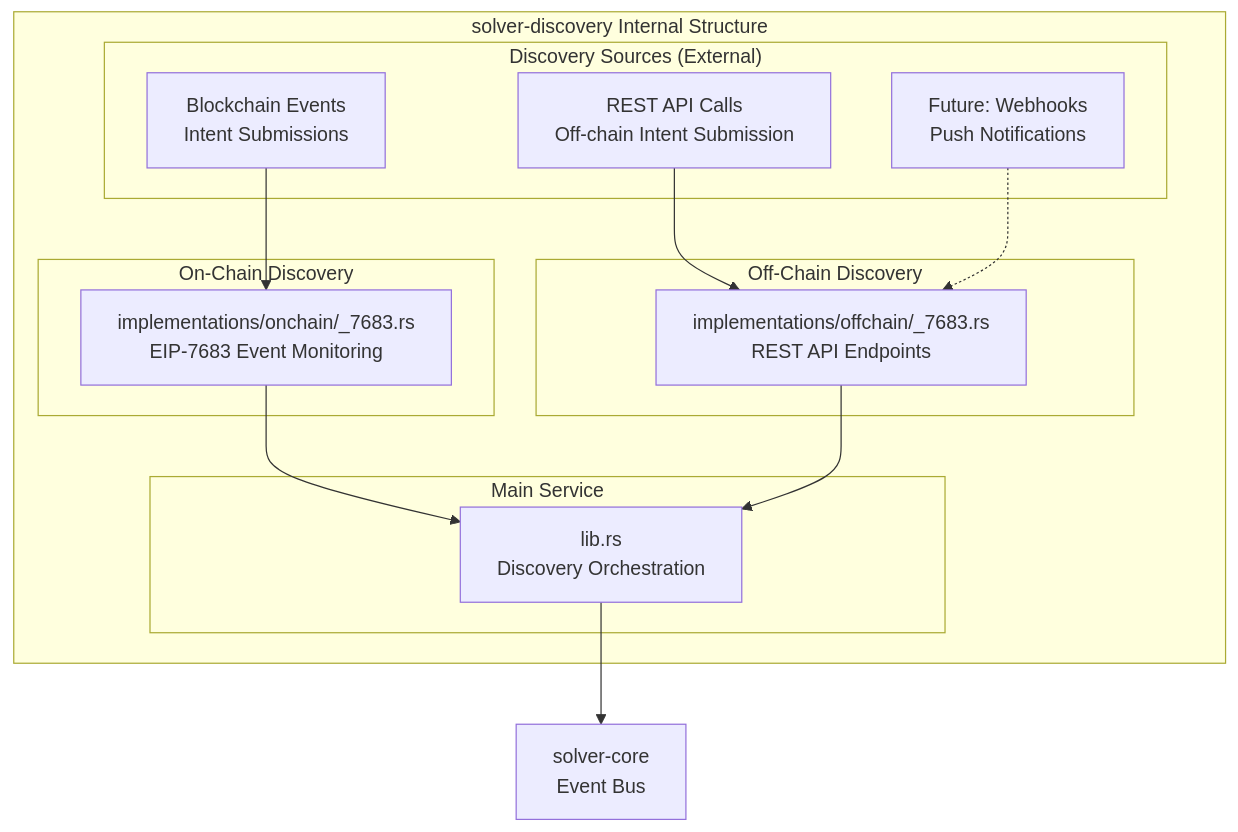
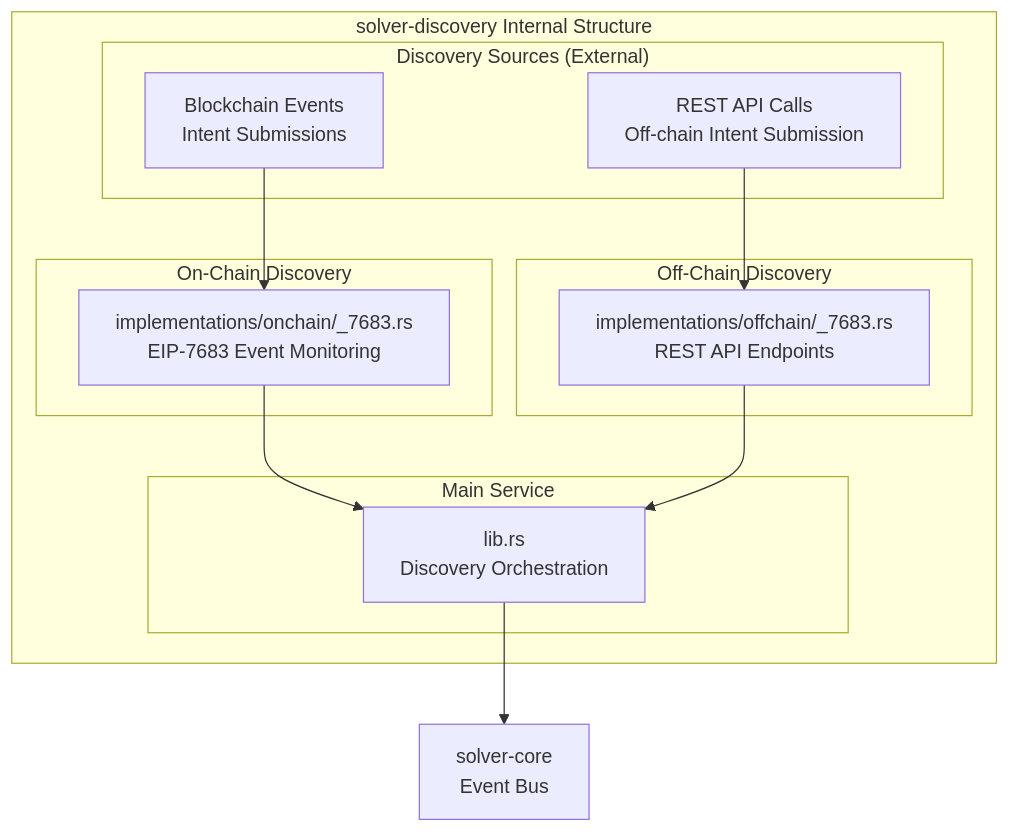
The first of 2 diagrams in docs/developer/crates/solver-discovery.md (openintentsframework/oif-solver), drawn with Mermaid before and after one commit. The commit also changed other lines of this file and 9 other files, not shown here.

````diff
--- a/docs/developer/crates/solver-discovery.md
+++ b/docs/developer/crates/solver-discovery.md
@@ -9,31 +9,29 @@
 ```mermaid
 graph TB
     subgraph "solver-discovery Internal Structure"
         subgraph "Main Service"
             DiscoveryService[lib.rs<br/>Discovery Orchestration]
         end
 
         subgraph "On-Chain Discovery"
             OnChain7683[implementations/onchain/_7683.rs<br/>EIP-7683 Event Monitoring]
         end
 
         subgraph "Off-Chain Discovery"
             OffChain7683[implementations/offchain/_7683.rs<br/>REST API Endpoints]
         end
 
         subgraph "Discovery Sources (External)"
             BlockchainEvents[Blockchain Events<br/>Intent Submissions]
             RESTAPIs[REST API Calls<br/>Off-chain Intent Submission]
-            Webhooks[Future: Webhooks<br/>Push Notifications]
         end
     end
 
     BlockchainEvents --> OnChain7683
     RESTAPIs --> OffChain7683
-    Webhooks -.-> OffChain7683
 
     OnChain7683 --> DiscoveryService
     OffChain7683 --> DiscoveryService
 
     DiscoveryService --> CoreEngine[solver-core<br/>Event Bus]
 ```
````
